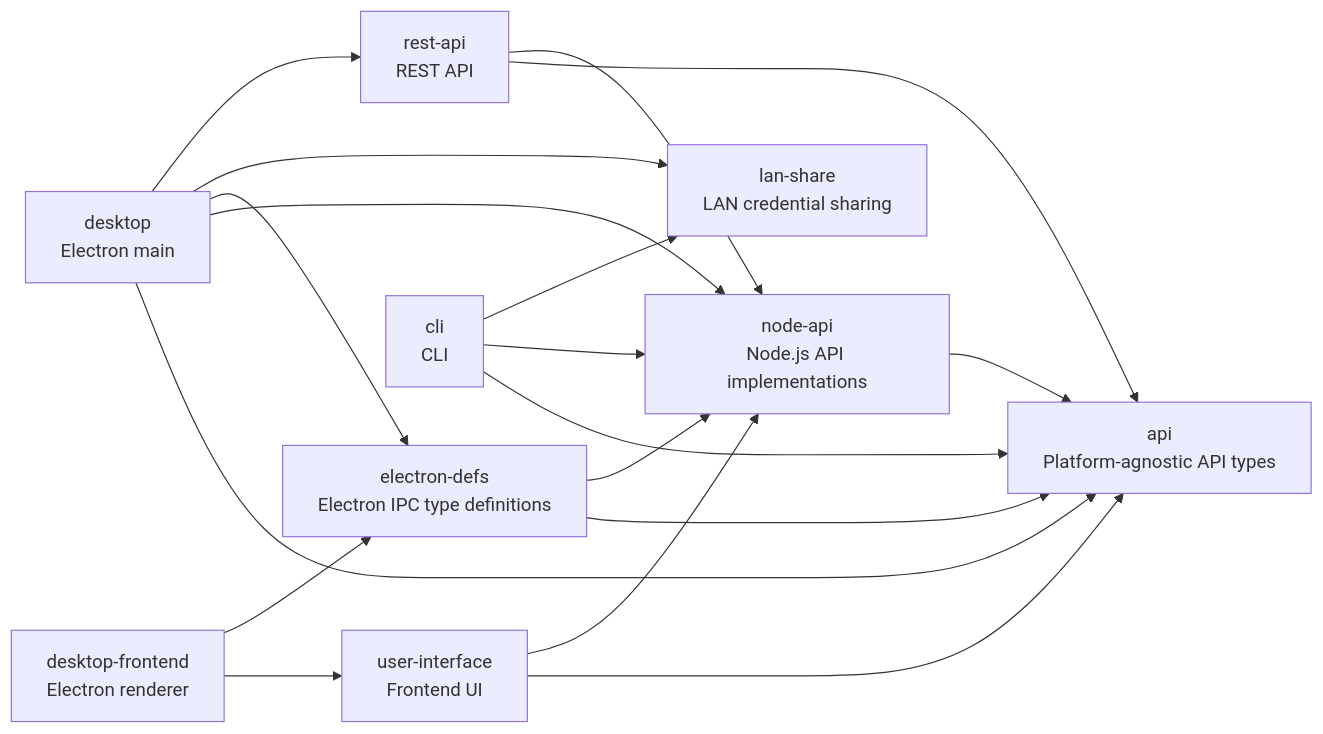
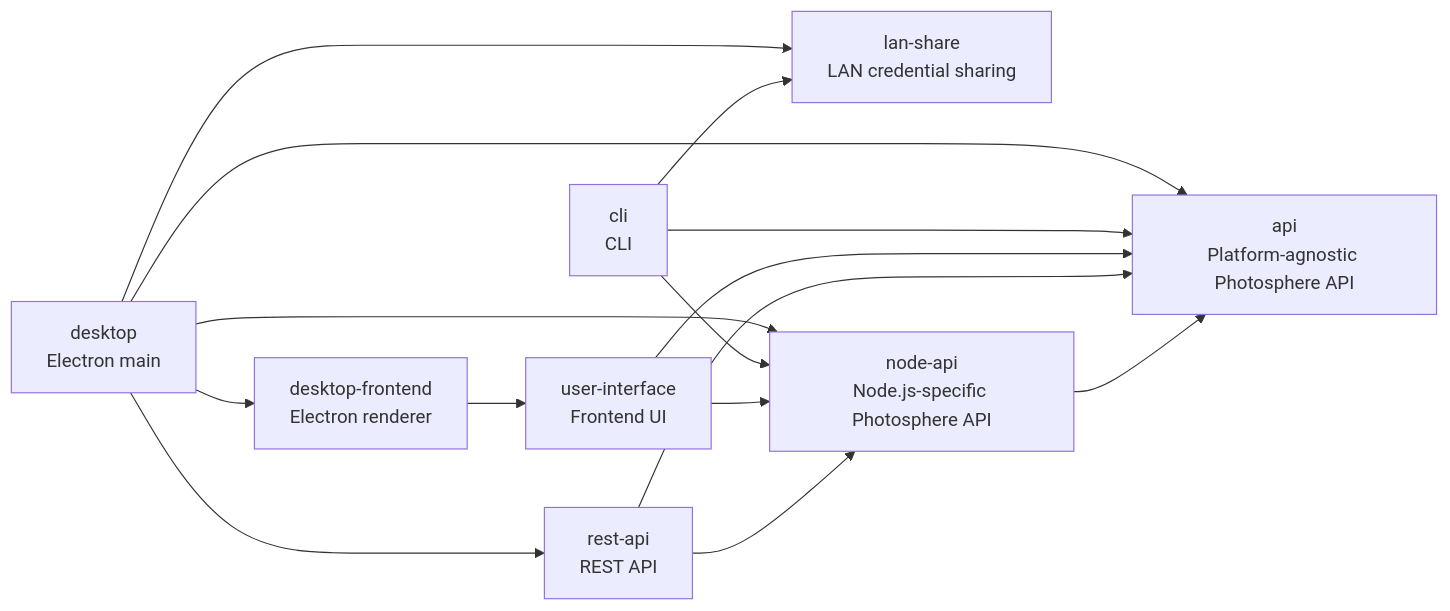
The diagram in docs/dependencies.md (ashleydavis/photosphere), drawn with Mermaid before and after one commit. The commit also changed 21 other files, not shown here.

````diff
--- a/docs/dependencies.md
+++ b/docs/dependencies.md
@@ -3,20 +3,18 @@
 ```mermaid
 flowchart LR
-    edefs["electron-defs<br/>Electron IPC type definitions"]
     lanshare["lan-share<br/>LAN credential sharing"]
-    api["api<br/>Platform-agnostic API types"]
-    nodeapi["node-api<br/>Node.js API implementations"]
+    api["api<br/>Platform-agnostic Photosphere API"]
+    nodeapi["node-api<br/>Node.js-specific Photosphere API"]
     restapi["rest-api<br/>REST API"]
     ui["user-interface<br/>Frontend UI"]
     cli["cli<br/>CLI"]
     desktop["desktop<br/>Electron main"]
     desktopfe["desktop-frontend<br/>Electron renderer"]
 
     nodeapi --> api
-    edefs --> api & nodeapi
     restapi --> api & nodeapi
     ui --> api & nodeapi
     cli --> api & nodeapi & lanshare
-    desktop --> api & nodeapi & edefs & lanshare & restapi
-    desktopfe --> ui & edefs
+    desktop --> api & nodeapi & lanshare & restapi & desktopfe
+    desktopfe --> ui
 ```
````
